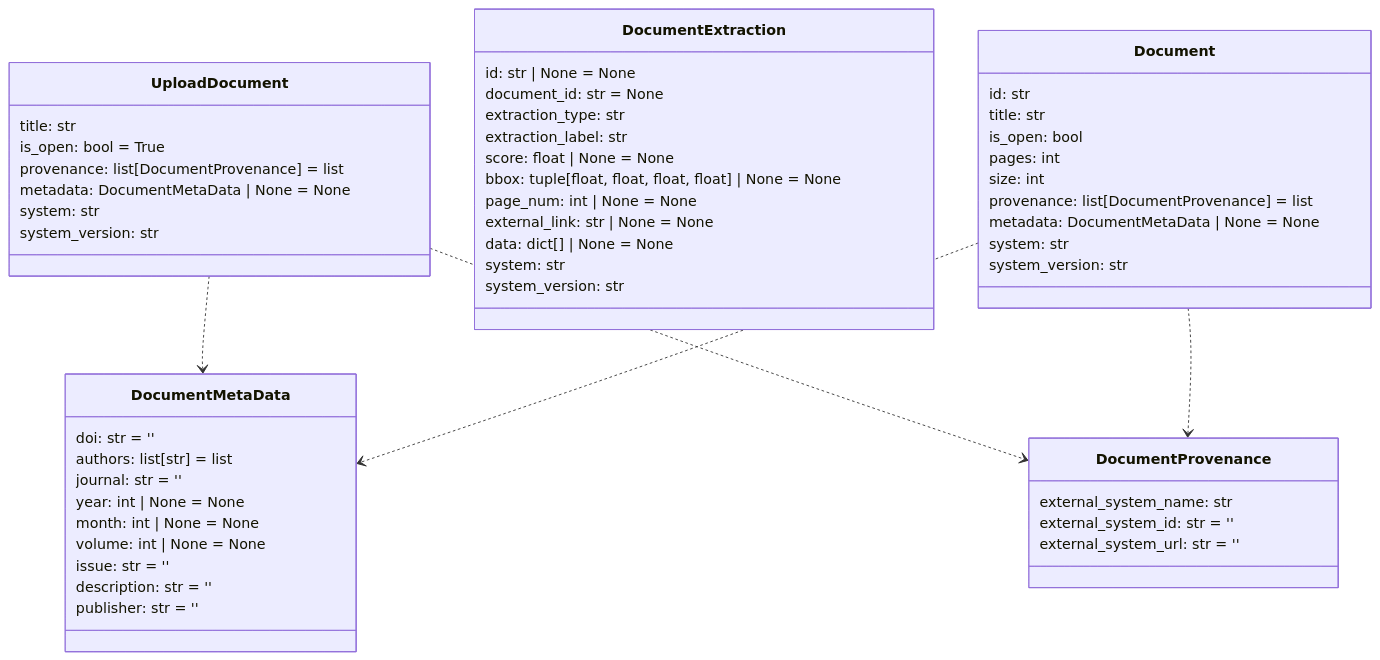
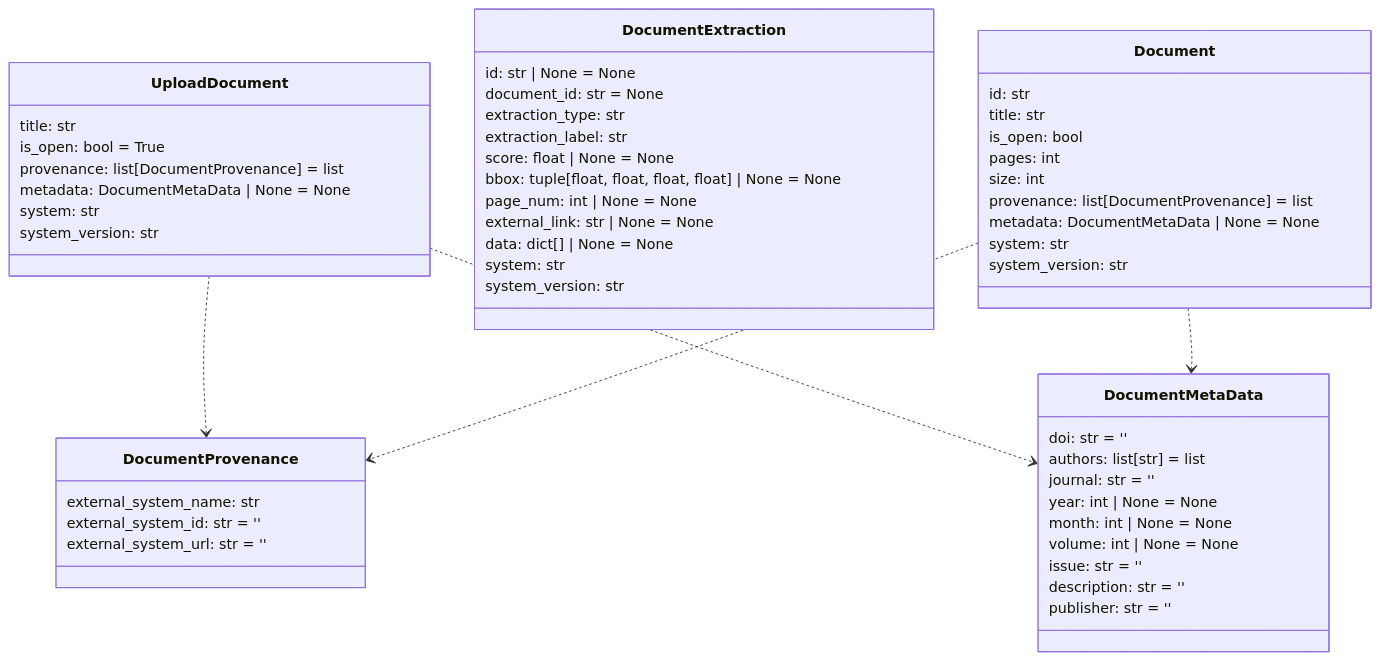
The ninth of 14 diagrams in README.md (DARPA-CRITICALMAAS/cdr_schemas), drawn with Mermaid before and after one commit. The commit also changed other lines of this file and 3 other files, not shown here.

First line of the commit message:
Beak-TA3 BNN and SOM Schema Additions (#79)

````diff
--- a/README.md
+++ b/README.md
@@ -695,63 +695,63 @@
 ```mermaid
 classDiagram
+
+    class DocumentMetaData {
+        doi: str = ''
+        authors: list[str] = list
+        journal: str = ''
+        year: int | None = None
+        month: int | None = None
+        volume: int | None = None
+        issue: str = ''
+        description: str = ''
+        publisher: str = ''
+    }
 
     class Document {
         id: str
         title: str
         is_open: bool
         pages: int
         size: int
         provenance: list[DocumentProvenance] = list
         metadata: DocumentMetaData | None = None
         system: str
         system_version: str
     }
 
     class DocumentExtraction {
         id: str | None = None
         document_id: str = None
         extraction_type: str
         extraction_label: str
         score: float | None = None
         bbox: tuple[float, float, float, float] | None = None
         page_num: int | None = None
         external_link: str | None = None
         data: dict[] | None = None
         system: str
         system_version: str
     }
 
-    class DocumentMetaData {
-        doi: str = ''
-        authors: list[str] = list
-        journal: str = ''
-        year: int | None = None
-        month: int | None = None
-        volume: int | None = None
-        issue: str = ''
-        description: str = ''
-        publisher: str = ''
-    }
-
-    class DocumentProvenance {
-        external_system_name: str
-        external_system_id: str = ''
-        external_system_url: str = ''
-    }
-
     class UploadDocument {
         title: str
         is_open: bool = True
         provenance: list[DocumentProvenance] = list
         metadata: DocumentMetaData | None = None
         system: str
         system_version: str
     }
 
+    class DocumentProvenance {
+        external_system_name: str
+        external_system_id: str = ''
+        external_system_url: str = ''
+    }
+
+    UploadDocument ..> DocumentProvenance
     UploadDocument ..> DocumentMetaData
-    UploadDocument ..> DocumentProvenance
+    Document ..> DocumentProvenance
     Document ..> DocumentMetaData
-    Document ..> DocumentProvenance
 
 
 ```
````
